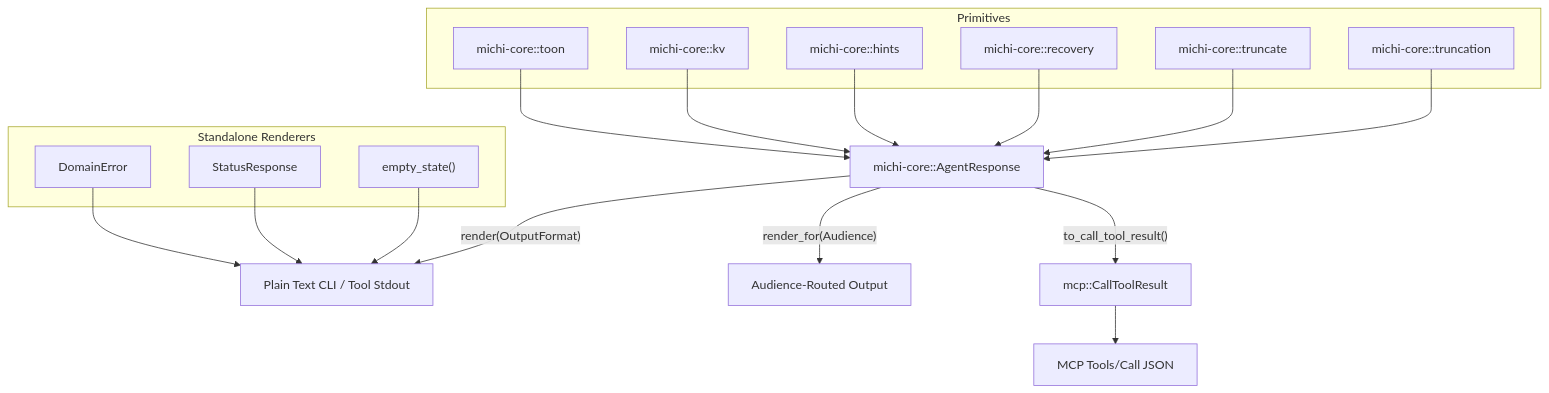
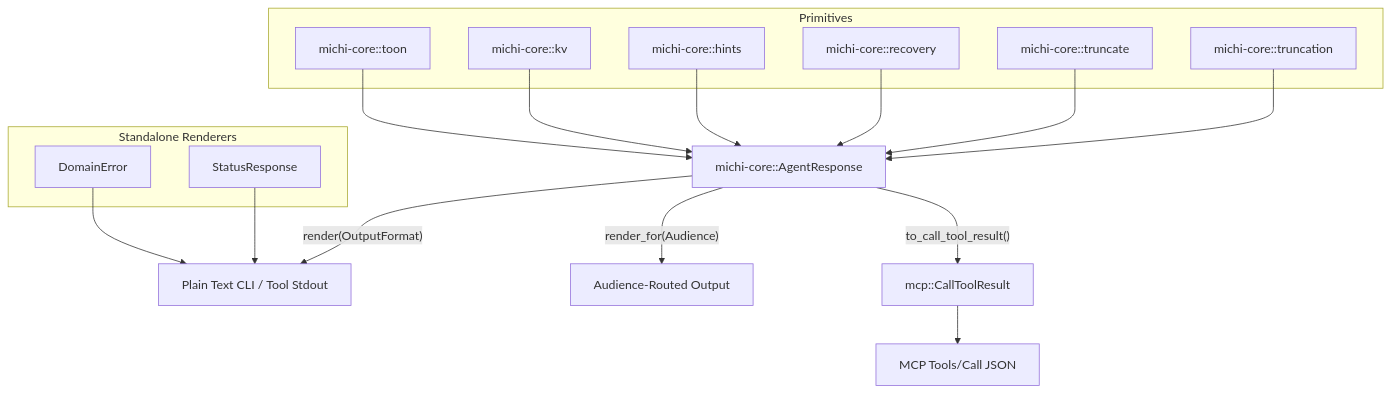
One commit to orin-dx/michi changed the second of 2 diagrams in ARCHITECTURE.md. Above: the diagram before and after it, drawn with Mermaid. The commit also changed other lines of this file and 51 other files, not shown here.

````diff
--- a/ARCHITECTURE.md
+++ b/ARCHITECTURE.md
@@ -54,35 +54,33 @@
 ```mermaid
 flowchart TB
     subgraph primitives["Primitives"]
         toon["michi-core::toon"]
         kv["michi-core::kv"]
         hints["michi-core::hints"]
         recovery["michi-core::recovery"]
         truncate["michi-core::truncate"]
         truncation["michi-core::truncation"]
     end
 
     toon --> AR
     kv --> AR
     hints --> AR
     recovery --> AR
     truncate --> AR
     truncation --> AR
 
     AR["michi-core::AgentResponse"]
 
     AR -->|"render(OutputFormat)"| text["Plain Text CLI / Tool Stdout"]
     AR -->|"render_for(Audience)"| textaud["Audience-Routed Output"]
     AR -->|"to_call_tool_result()"| mcpresult["mcp::CallToolResult"]
     mcpresult --> mcpjson["MCP Tools/Call JSON"]
 
     subgraph standalone["Standalone Renderers"]
         err["DomainError"]
         status["StatusResponse"]
-        empty["empty_state()"]
     end
 
     err --> text
     status --> text
-    empty --> text
 ```
````
